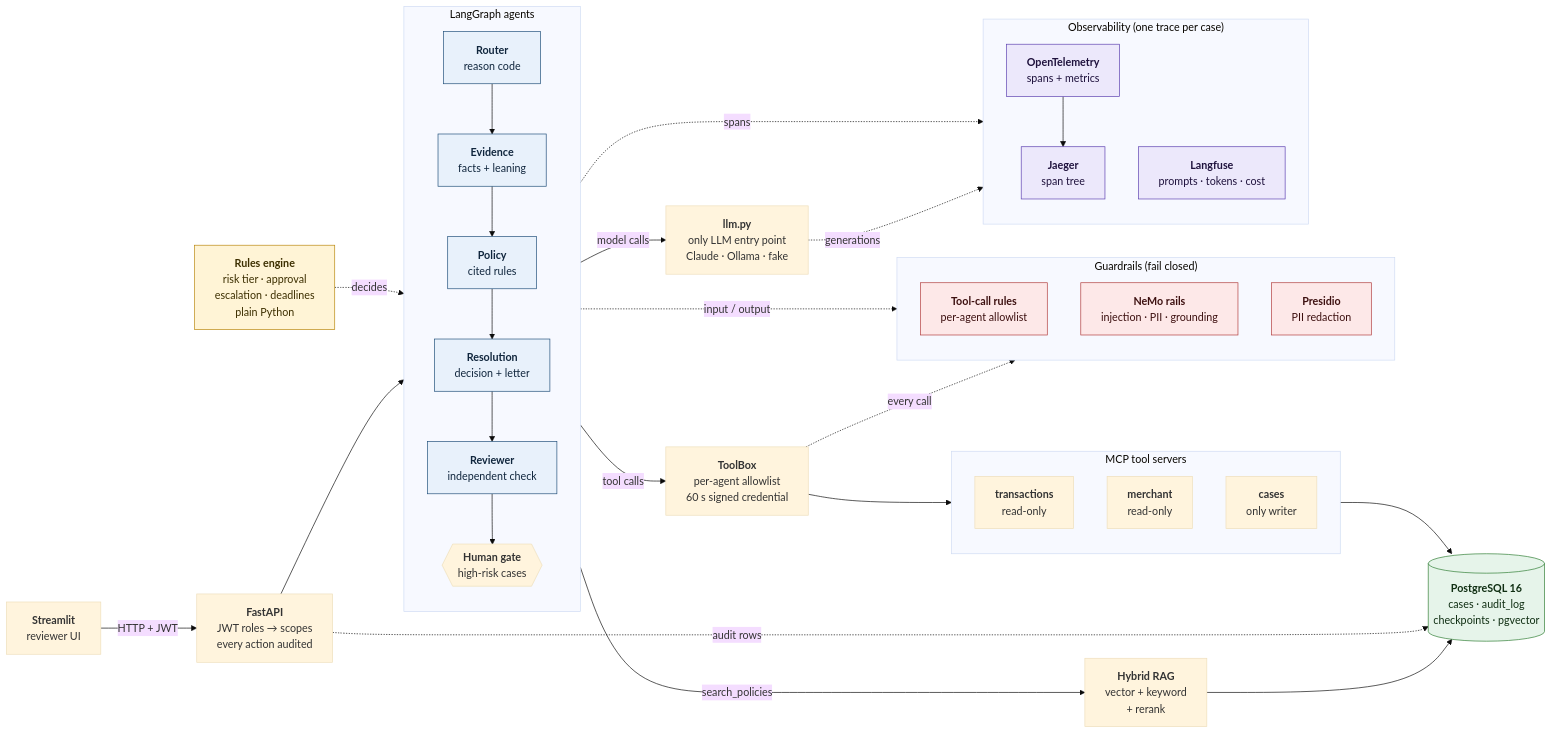
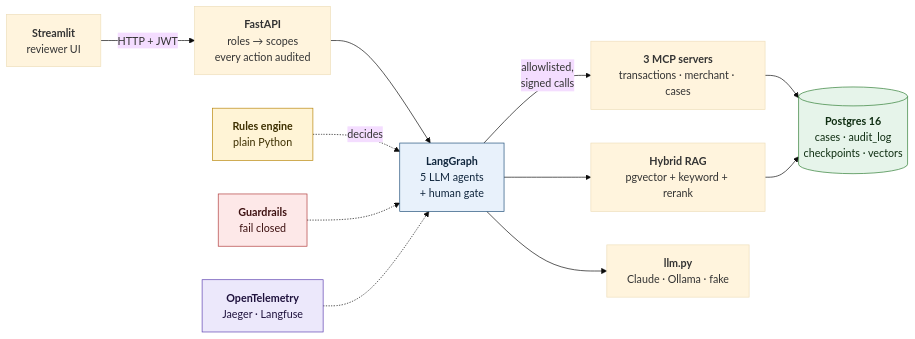
Before and after one commit to srinivasvarala/DisputeDesk-Multi-Agent-Card-Dispute-Resolution-Platform: the first of 2 diagrams in README.md, drawn with Mermaid (base theme). The commit also changed other lines of this file and 1 other file, not shown here.

````diff
--- a/README.md
+++ b/README.md
@@ -72,70 +75,24 @@
 ```mermaid
 flowchart LR
-    UI["<b>Streamlit</b><br/>reviewer UI"]
-    API["<b>FastAPI</b><br/>JWT roles → scopes<br/>every action audited"]
-    UI -->|"HTTP + JWT"| API
-
-    subgraph ORCH["LangGraph agents"]
-        direction TB
-        R["<b>Router</b><br/>reason code"] --> E["<b>Evidence</b><br/>facts + leaning"]
-        E --> P["<b>Policy</b><br/>cited rules"]
-        P --> RES["<b>Resolution</b><br/>decision + letter"]
-        RES --> REV["<b>Reviewer</b><br/>independent check"]
-        REV --> G{{"<b>Human gate</b><br/>high-risk cases"}}
-    end
-    API --> ORCH
-
-    RULES["<b>Rules engine</b><br/>risk tier · approval<br/>escalation · deadlines<br/>plain Python"]
-    RULES -.->|"decides"| ORCH
-
-    TB["<b>ToolBox</b><br/>per-agent allowlist<br/>60 s signed credential"]
-    ORCH -->|"tool calls"| TB
-
-    subgraph MCP["MCP tool servers"]
-        direction TB
-        TXN["<b>transactions</b><br/>read-only"]
-        MER["<b>merchant</b><br/>read-only"]
-        CAS["<b>cases</b><br/>only writer"]
-    end
-    TB --> MCP
-
-    RAG["<b>Hybrid RAG</b><br/>vector + keyword<br/>+ rerank"]
-    LLM["<b>llm.py</b><br/>only LLM entry point<br/>Claude · Ollama · fake"]
-    ORCH -->|"search_policies"| RAG
-    ORCH -->|"model calls"| LLM
-
-    PG[("<b>PostgreSQL 16</b><br/>cases · audit_log<br/>checkpoints · pgvector")]
-    MCP --> PG
+    UI["<b>Streamlit</b><br/>reviewer UI"] -->|"HTTP + JWT"| API["<b>FastAPI</b><br/>roles → scopes<br/>every action audited"]
+    API --> AG["<b>LangGraph</b><br/>5 LLM agents<br/>+ human gate"]
+    RULES["<b>Rules engine</b><br/>plain Python"] -.->|"decides"| AG
+    AG -->|"allowlisted,<br/>signed calls"| MCP["<b>3 MCP servers</b><br/>transactions · merchant · cases"]
+    AG --> RAG["<b>Hybrid RAG</b><br/>pgvector + keyword + rerank"]
+    AG --> LLM["<b>llm.py</b><br/>Claude · Ollama · fake"]
+    MCP --> PG[("<b>Postgres 16</b><br/>cases · audit_log<br/>checkpoints · vectors")]
     RAG --> PG
-    API -.->|"audit rows"| PG
-
-    subgraph GUARD["Guardrails (fail closed)"]
-        direction TB
-        G1["<b>Tool-call rules</b><br/>per-agent allowlist"]
-        G2["<b>NeMo rails</b><br/>injection · PII · grounding"]
-        G3["<b>Presidio</b><br/>PII redaction"]
-    end
-    TB -.->|"every call"| GUARD
-    ORCH -.->|"input / output"| GUARD
-
-    subgraph OBS["Observability (one trace per case)"]
-        direction TB
-        OT["<b>OpenTelemetry</b><br/>spans + metrics"]
-        JG["<b>Jaeger</b><br/>span tree"]
-        LF["<b>Langfuse</b><br/>prompts · tokens · cost"]
-        OT --> JG
-    end
-    ORCH -.->|"spans"| OT
-    LLM -.->|"generations"| LF
+    GUARD["<b>Guardrails</b><br/>fail closed"] -.-> AG
+    OBS["<b>OpenTelemetry</b><br/>Jaeger · Langfuse"] -.-> AG
 
     classDef agent fill:#e8f1fb,stroke:#1f4e79,color:#10263d
     classDef rules fill:#fff4d6,stroke:#b8860b,color:#3d2f00
     classDef guard fill:#fde8e8,stroke:#b03a3a,color:#3d1010
     classDef obs fill:#ece8fb,stroke:#5b3fb0,color:#1f123d
     classDef data fill:#e6f4ea,stroke:#2e7d32,color:#0f2e12
-    class R,E,P,RES,REV agent
+    class AG agent
     class RULES rules
-    class G1,G2,G3 guard
-    class OT,JG,LF obs
+    class GUARD guard
+    class OBS obs
     class PG data
 ```
````
